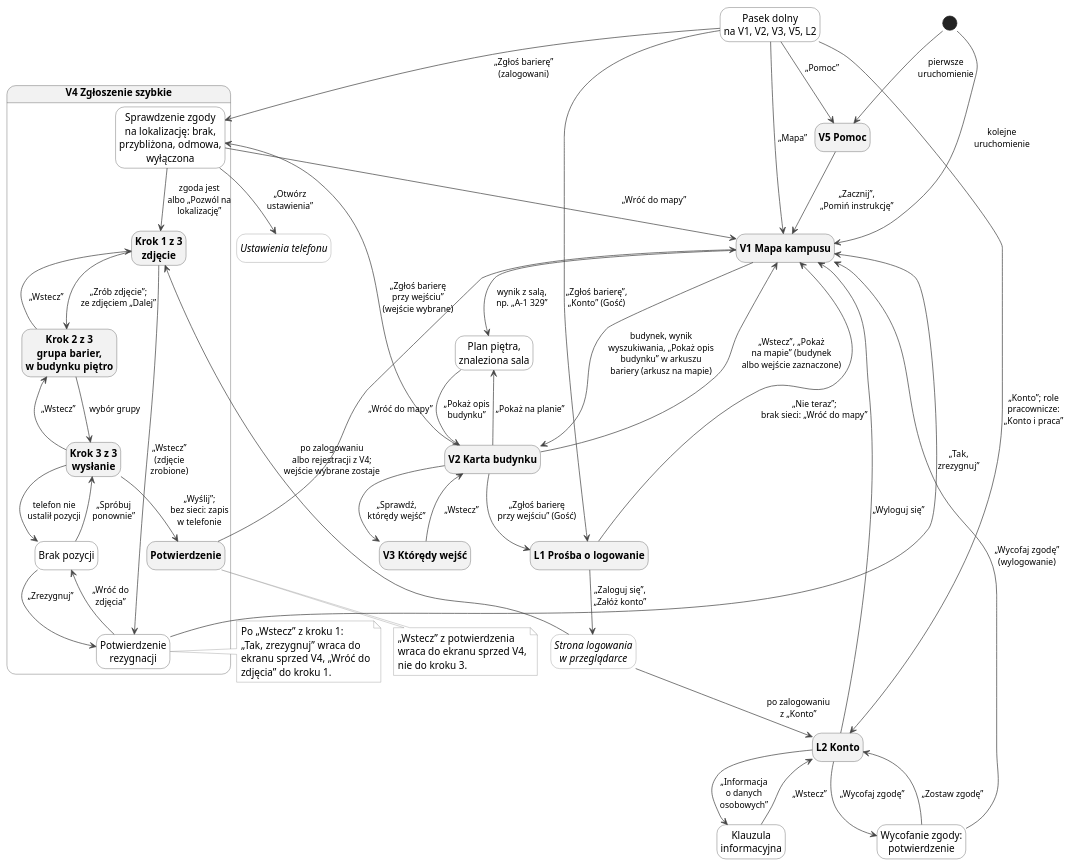
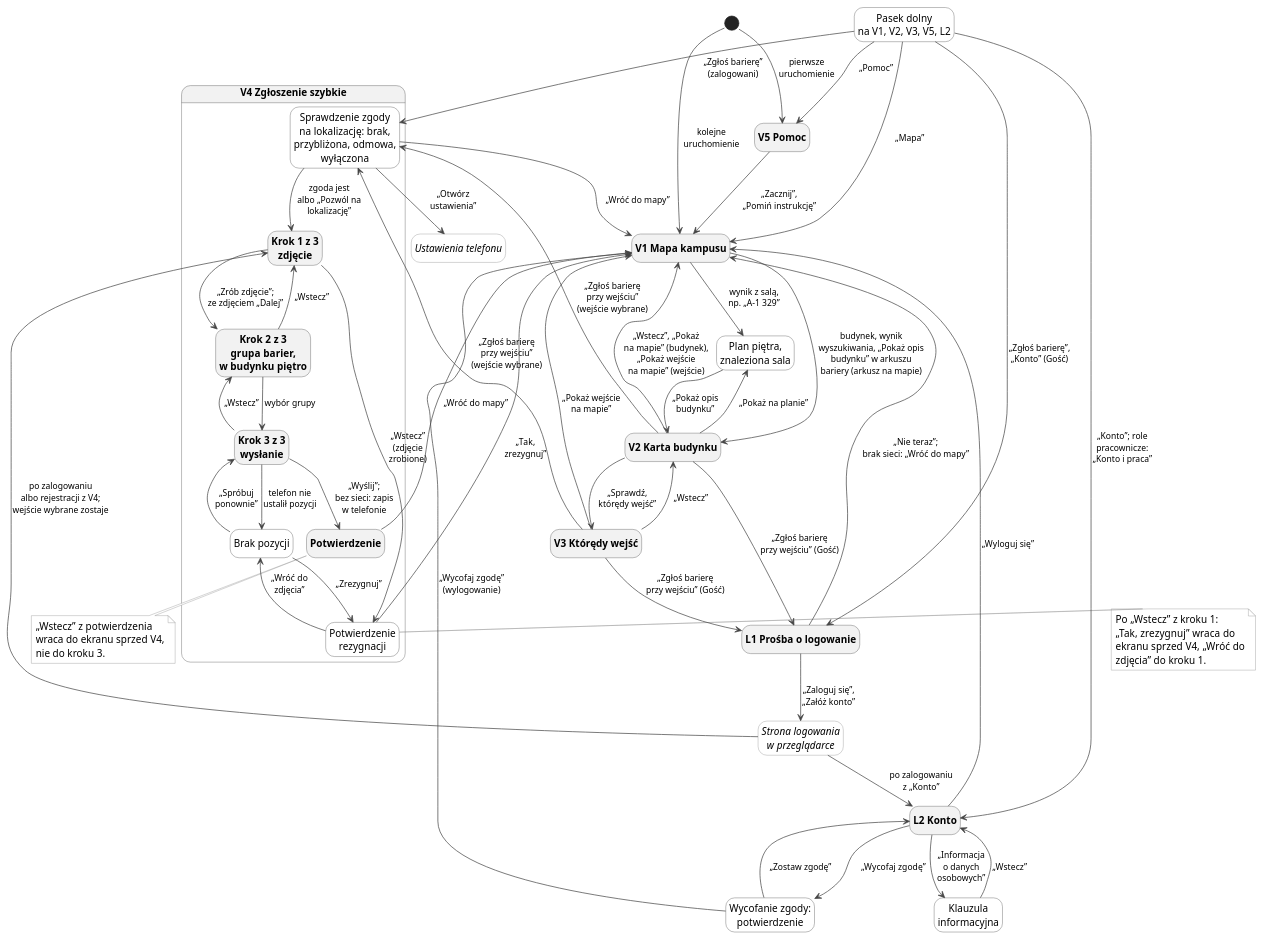
The diagram in docs/docs/ux/nawigacja-odwiedzajacy.puml (dostepny-kampus/dostepny-kampus), drawn with PlantUML before and after one commit. The commit also changed 6 other files, not shown here.

```diff
--- a/docs/docs/ux/nawigacja-odwiedzajacy.puml
+++ b/docs/docs/ux/nawigacja-odwiedzajacy.puml
@@ -1,109 +1,112 @@
 @startuml
 !pragma layout smetana
 hide empty description
 skinparam defaultFontSize 14
 skinparam ArrowColor #444444
 skinparam ArrowFontSize 12
 skinparam state {
   BackgroundColor #F2F2F2
   BorderColor #444444
   FontStyle bold
 }
 skinparam state<<poza>> {
   BackgroundColor #FFFFFF
   BorderColor #888888
   FontStyle italic
 }
 skinparam state<<stan>> {
   BackgroundColor #FFFFFF
   BorderColor #444444
   FontStyle normal
 }
 skinparam note {
   BackgroundColor #FFFFFF
   BorderColor #888888
 }
 
 state "V5 Pomoc" as V5
 state "V1 Mapa kampusu" as V1
 state "Plan piętra,\nznaleziona sala" as PLAN <<stan>>
 state "V2 Karta budynku" as V2
 state "V3 Którędy wejść" as V3
 state "Pasek dolny\nna V1, V2, V3, V5, L2" as PASEK <<stan>>
 state "L1 Prośba o logowanie" as L1
 state "L2 Konto" as L2
 state "Klauzula\ninformacyjna" as KL <<stan>>
 state "Wycofanie zgody:\npotwierdzenie" as WZ <<stan>>
 state "Strona logowania\nw przeglądarce" as WWW <<poza>>
 state "Ustawienia telefonu" as UST <<poza>>
 
 state "V4 Zgłoszenie szybkie" as V4 {
   state "Sprawdzenie zgody\nna lokalizację: brak,\nprzybliżona, odmowa,\nwyłączona" as ZG <<stan>>
   state "Krok 1 z 3\nzdjęcie" as K1
   state "Krok 2 z 3\ngrupa barier,\nw budynku piętro" as K2
   state "Krok 3 z 3\nwysłanie" as K3
   state "Brak pozycji" as BP <<stan>>
   state "Potwierdzenie\nrezygnacji" as PR <<stan>>
   state "Potwierdzenie" as POT
 }
 
 [*] --> V5 : pierwsze\nuruchomienie
 [*] --> V1 : kolejne\nuruchomienie
 V5 --> V1 : „Zacznij”,\n„Pomiń instrukcję”
 V1 --> V2 : budynek, wynik\nwyszukiwania, „Pokaż opis\nbudynku” w arkuszu\nbariery (arkusz na mapie)
-V2 --> V1 : „Wstecz”, „Pokaż\nna mapie” (budynek\nalbo wejście zaznaczone)
+V2 --> V1 : „Wstecz”, „Pokaż\nna mapie” (budynek),\n„Pokaż wejście\nna mapie” (wejście)
 V2 --> V3 : „Sprawdź,\nktórędy wejść”
 V3 --> V2 : „Wstecz”
+V3 --> V1 : „Pokaż wejście\nna mapie”
 V1 --> PLAN : wynik z salą,\nnp. „A-1 329”
 V2 --> PLAN : „Pokaż na planie”
 PLAN --> V2 : „Pokaż opis\nbudynku”
 V2 --> ZG : „Zgłoś barierę\nprzy wejściu”\n(wejście wybrane)
 V2 --> L1 : „Zgłoś barierę\nprzy wejściu” (Gość)
+V3 --> ZG : „Zgłoś barierę\nprzy wejściu”\n(wejście wybrane)
+V3 --> L1 : „Zgłoś barierę\nprzy wejściu” (Gość)
 
 PASEK --> V1 : „Mapa”
 PASEK --> V5 : „Pomoc”
 PASEK --> ZG : „Zgłoś barierę”\n(zalogowani)
 PASEK --> L1 : „Zgłoś barierę”,\n„Konto” (Gość)
 PASEK --> L2 : „Konto”; role\npracownicze:\n„Konto i praca”
 
 ZG --> K1 : zgoda jest\nalbo „Pozwól na\nlokalizację”
 ZG --> UST : „Otwórz\nustawienia”
 ZG --> V1 : „Wróć do mapy”
 K1 --> K2 : „Zrób zdjęcie”;\nze zdjęciem „Dalej”
 K2 --> K3 : wybór grupy
 K2 --> K1 : „Wstecz”
 K1 --> PR : „Wstecz”\n(zdjęcie\nzrobione)
 K3 --> K2 : „Wstecz”
 K3 --> POT : „Wyślij”;\nbez sieci: zapis\nw telefonie
 K3 --> BP : telefon nie\nustalił pozycji
 BP --> K3 : „Spróbuj\nponownie”
 BP --> PR : „Zrezygnuj”
 PR --> BP : „Wróć do\nzdjęcia”
 PR --> V1 : „Tak,\nzrezygnuj”
 POT --> V1 : „Wróć do mapy”
 
 L1 --> WWW : „Zaloguj się”,\n„Załóż konto”
 WWW --> K1 : po zalogowaniu\nalbo rejestracji z V4;\nwejście wybrane zostaje
 WWW --> L2 : po zalogowaniu\nz „Konto”
 L1 --> V1 : „Nie teraz”;\nbrak sieci: „Wróć do mapy”
 
 L2 --> V1 : „Wyloguj się”
 L2 --> WZ : „Wycofaj zgodę”
 WZ --> L2 : „Zostaw zgodę”
 WZ --> V1 : „Wycofaj zgodę”\n(wylogowanie)
 L2 --> KL : „Informacja\no danych\nosobowych”
 KL --> L2 : „Wstecz”
 
 note right of PR
   Po „Wstecz” z kroku 1:
   „Tak, zrezygnuj” wraca do
   ekranu sprzed V4, „Wróć do
   zdjęcia” do kroku 1.
 end note
 
 note bottom of POT
   „Wstecz” z potwierdzenia
   wraca do ekranu sprzed V4,
   nie do kroku 3.
 end note
 @enduml
```
